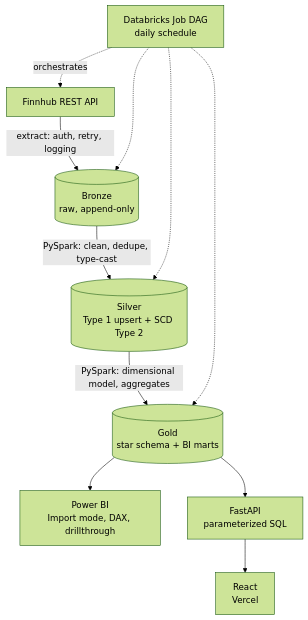
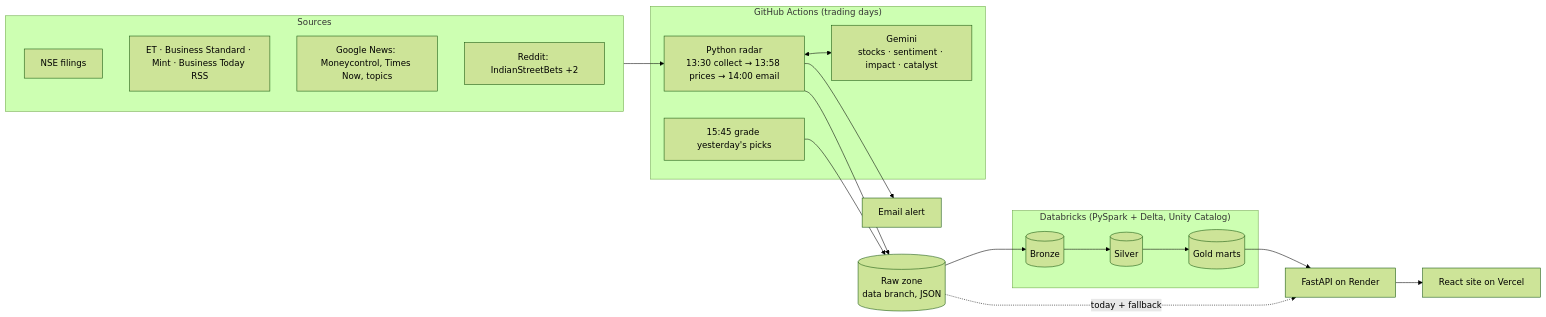
Before and after one commit to Sakthi1030/databricks-stock-market-lakehouse: the diagram in README.md, drawn with Mermaid (forest theme). The commit also changed other lines of this file and 115 other files, not shown here.

First line of the commit message:
Rebuild as NSE News Radar: Bronze/Silver/Gold lakehouse, raw-zone API, new site

````diff
--- a/README.md
+++ b/README.md
@@ -13,14 +17,28 @@
 ```mermaid
-flowchart TD
-    A[Finnhub REST API] -->|"extract: auth, retry, logging"| B[(Bronze<br/>raw, append-only)]
-    B -->|"PySpark: clean, dedupe, type-cast"| C[(Silver<br/>Type 1 upsert + SCD Type 2)]
-    C -->|"PySpark: dimensional model, aggregates"| D[(Gold<br/>star schema + BI marts)]
-    D --> E[Power BI<br/>Import mode, DAX, drillthrough]
-    D --> F[FastAPI<br/>parameterized SQL]
-    F --> G[React<br/>Vercel]
-
-    H[Databricks Job DAG<br/>daily schedule] -.orchestrates.-> A
-    H -.-> B
-    H -.-> C
-    H -.-> D
+flowchart LR
+    subgraph Sources
+      N[NSE filings]
+      R[ET · Business Standard · Mint · Business Today RSS]
+      G[Google News: Moneycontrol, Times Now, topics]
+      D[Reddit: IndianStreetBets +2]
+    end
+    subgraph "GitHub Actions (trading days)"
+      P[Python radar<br/>13:30 collect → 13:58 prices → 14:00 email]
+      M[Gemini<br/>stocks · sentiment · impact · catalyst]
+      O[15:45 grade yesterday's picks]
+    end
+    Sources --> P
+    P <--> M
+    P --> E[Email alert]
+    P --> Z[(Raw zone<br/>data branch, JSON)]
+    O --> Z
+    Z --> B[(Bronze)] --> S[(Silver)] --> GD[(Gold marts)]
+    subgraph "Databricks (PySpark + Delta, Unity Catalog)"
+      B
+      S
+      GD
+    end
+    GD --> API[FastAPI on Render]
+    Z -. today + fallback .-> API
+    API --> W[React site on Vercel]
 ```
````
